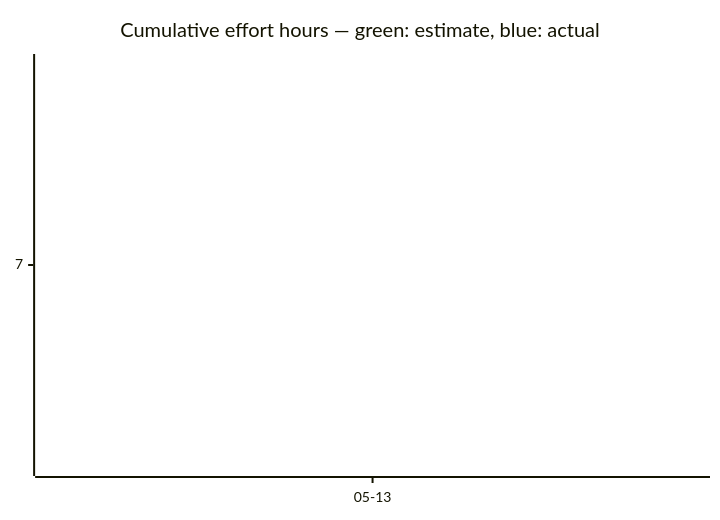
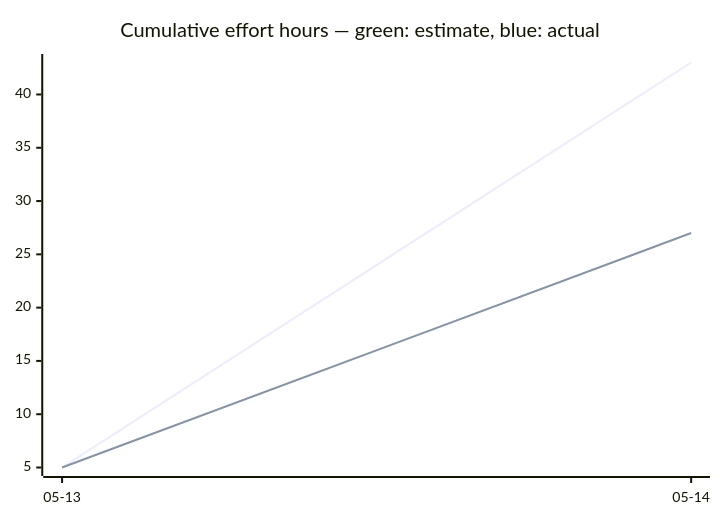
Before and after one commit to tgd1975/CircuitSmith: the third of 3 diagrams in docs/developers/tasks/OVERVIEW.md, drawn with Mermaid. The commit also changed other lines of this file and 43 other files, not shown here.

````diff
--- a/docs/developers/tasks/OVERVIEW.md
+++ b/docs/developers/tasks/OVERVIEW.md
@@ -39,7 +39,7 @@
 ```mermaid
 xychart-beta
     title "Cumulative effort hours — green: estimate, blue: actual"
-    x-axis ["05-13"]
-    line [7]
-    line [7]
+    x-axis ["05-13", "05-14"]
+    line [5, 43]
+    line [5, 27]
 ```
````
